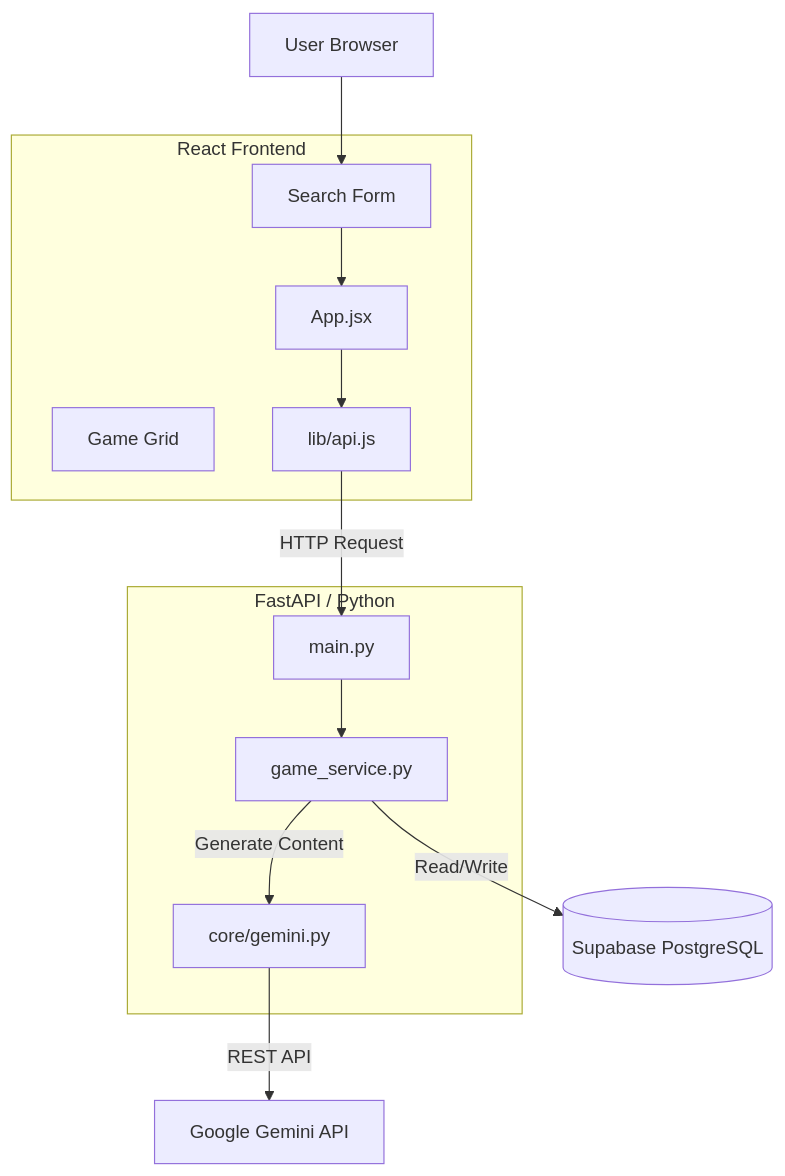
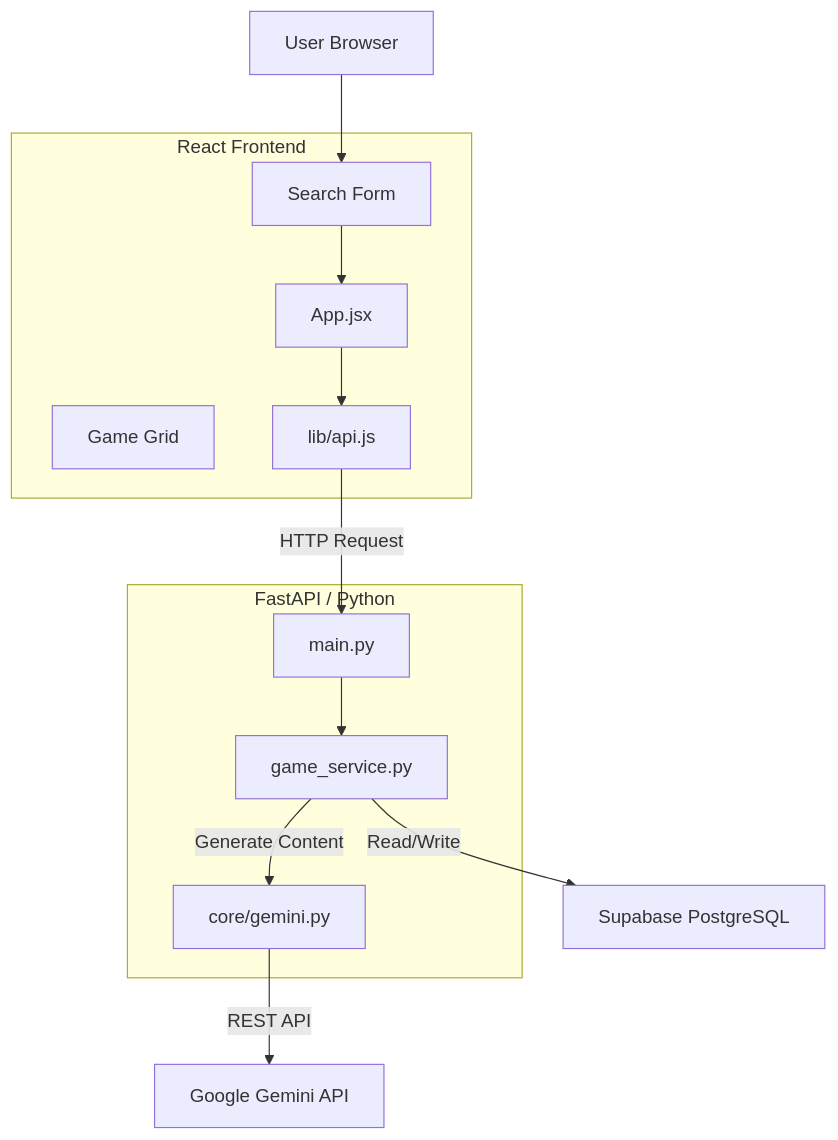
Before and after one commit to KAFKA2306/rule-scribe-games: the second of 2 diagrams in docs/diagrams.md, drawn with Mermaid. The commit also changed other lines of this file and 9 other files, not shown here.

````diff
--- a/docs/diagrams.md
+++ b/docs/diagrams.md
@@ -56,30 +55,30 @@
 ```mermaid
 graph TD
     User[User Browser]
     
     subgraph Frontend [React Frontend]
         App[App.jsx]
         Search[Search Form]
         Grid[Game Grid]
         API_Lib[lib/api.js]
     end
     
     subgraph Backend [FastAPI / Python]
         Main[main.py]
         Service[game_service.py]
         GeminiClient[core/gemini.py]
     end
     
     Ext_AI[Google Gemini API]
-    Ext_DB[(Supabase PostgreSQL)]
+    Ext_DB[Supabase PostgreSQL]
 
     User --> Search
     Search --> App
     App --> API_Lib
     API_Lib -->|HTTP Request| Main
     
     Main --> Service
     Service -->|Read/Write| Ext_DB
     Service -->|Generate Content| GeminiClient
     GeminiClient -->|REST API| Ext_AI
 ```
````
